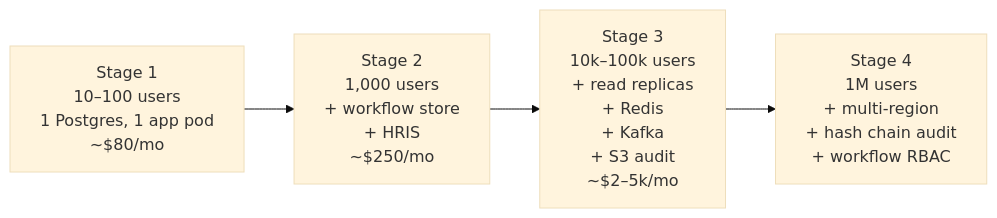
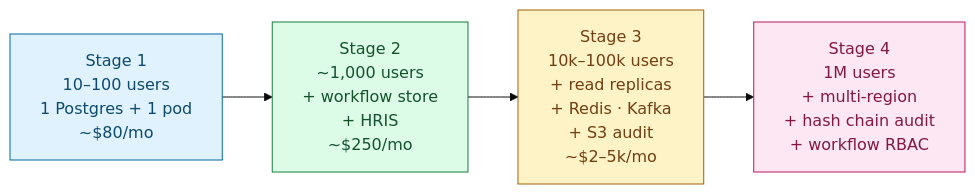
The fifth of 5 diagrams in problems/011-approval-management/solution.md (shiningflash/system-design), drawn with Mermaid (base theme) before and after one commit. The commit also changed other lines of this file and 1 other file, not shown here.

First line of the commit message:
011 approval: clearer prose, color-grouped mermaid, build-up architecture

````diff
--- a/problems/011-approval-management/solution.md
+++ b/problems/011-approval-management/solution.md
@@ -408,8 +409,14 @@
 ```mermaid
 flowchart LR
-    S1["Stage 1<br/>10–100 users<br/>1 Postgres, 1 app pod<br/>~$80/mo"]
-    S2["Stage 2<br/>1,000 users<br/>+ workflow store<br/>+ HRIS<br/>~$250/mo"]
-    S3["Stage 3<br/>10k–100k users<br/>+ read replicas<br/>+ Redis<br/>+ Kafka<br/>+ S3 audit<br/>~$2–5k/mo"]
-    S4["Stage 4<br/>1M users<br/>+ multi-region<br/>+ hash chain audit<br/>+ workflow RBAC"]
+    S1["Stage 1<br/>10–100 users<br/>1 Postgres + 1 pod<br/>~$80/mo"]:::s1
+    S2["Stage 2<br/>~1,000 users<br/>+ workflow store<br/>+ HRIS<br/>~$250/mo"]:::s2
+    S3["Stage 3<br/>10k–100k users<br/>+ read replicas<br/>+ Redis · Kafka<br/>+ S3 audit<br/>~$2–5k/mo"]:::s3
+    S4["Stage 4<br/>1M users<br/>+ multi-region<br/>+ hash chain audit<br/>+ workflow RBAC"]:::s4
+
     S1 --> S2 --> S3 --> S4
+
+    classDef s1 fill:#e0f2fe,stroke:#0369a1,color:#0c4a6e
+    classDef s2 fill:#dcfce7,stroke:#15803d,color:#14532d
+    classDef s3 fill:#fef3c7,stroke:#a16207,color:#713f12
+    classDef s4 fill:#fce7f3,stroke:#be185d,color:#831843
 ```
````
